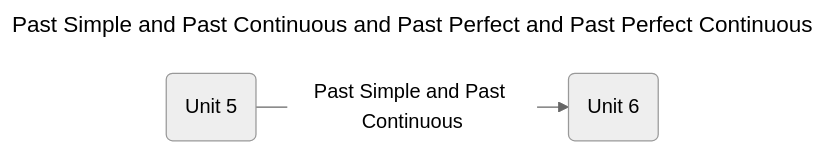
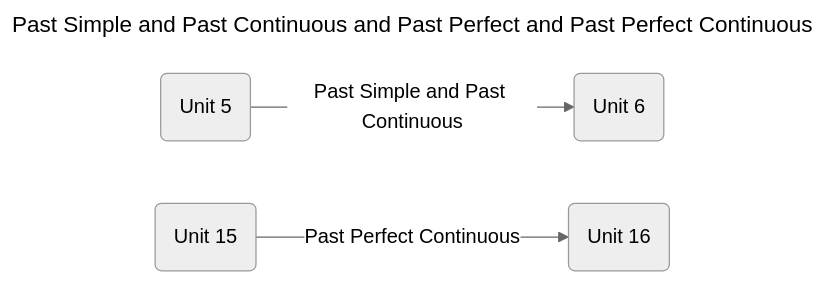
Before and after one commit to NishikiChisato/NishikiChisato.github.io: the second of 6 diagrams in _posts/2025-06-13-english-grammar-in-use-overview.md, drawn with Mermaid. The commit also changed other lines of this file, not shown here.

Commit message:
chore: added a new unit

````diff
--- a/_posts/2025-06-13-english-grammar-in-use-overview.md
+++ b/_posts/2025-06-13-english-grammar-in-use-overview.md
@@ -28,8 +28,9 @@
 ```mermaid
 ---
 title: Past Simple and Past Continuous and Past Perfect and Past Perfect Continuous
 ---
 %%{init: { 'logLevel': 'debug', 'theme': 'neutral' } }%%
 flowchart LR
   u5(Unit 5) -->|Past Simple and Past Continuous| u6(Unit 6)
+  u15(Unit 15) -->|Past Perfect Continuous| u16(Unit 16)
 ```
````
